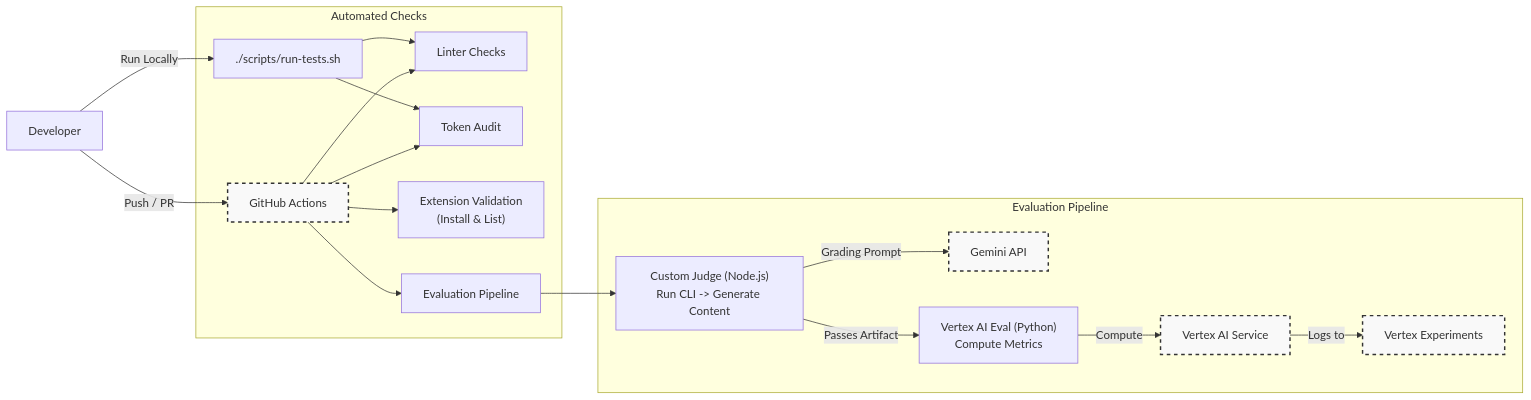
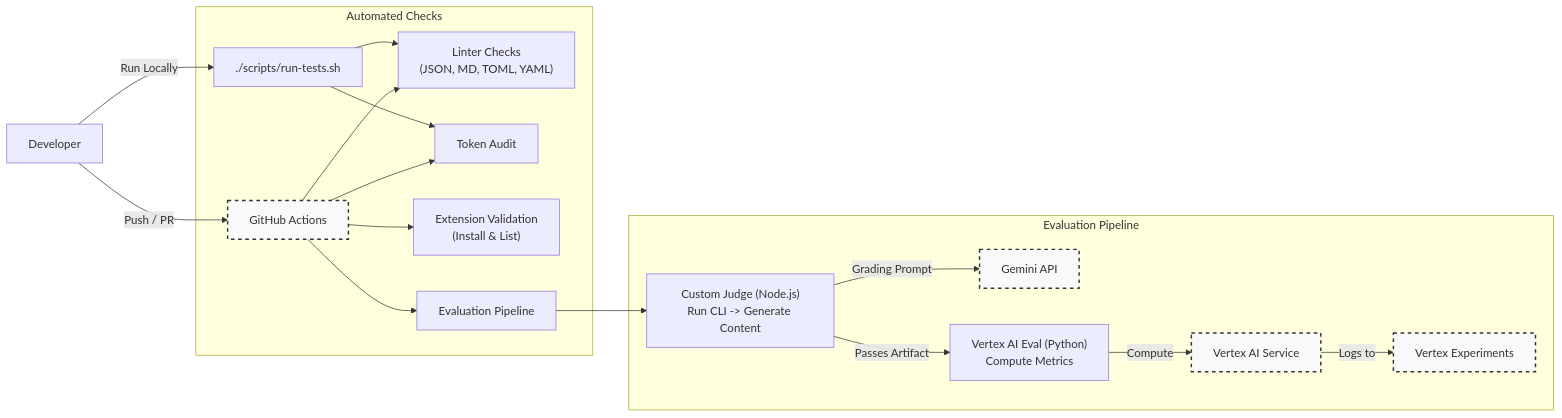
Before and after one commit to sapientcoffee/scribe: the second of 2 diagrams in README.md, drawn with Mermaid.

````diff
--- a/README.md
+++ b/README.md
@@ -124,26 +124,26 @@
 ```mermaid
 graph LR
     classDef external fill:#f9f9f9,stroke:#333,stroke-width:2px,stroke-dasharray: 5 5;
     
     Developer[Developer] -->|Run Locally| Script["./scripts/run-tests.sh"]
     Developer -->|Push / PR| GitHub[GitHub Actions]:::external
 
     subgraph "Automated Checks"
-        Script --> Linting[Linter Checks]
+        Script --> Linting["Linter Checks<br/>(JSON, MD, TOML, YAML)"]
         Script --> Audit[Token Audit]
         
         GitHub --> Linting
         GitHub --> Audit
         GitHub --> Validation["Extension Validation<br/>(Install & List)"]
         
         GitHub --> EvalFlow[Evaluation Pipeline]
     end
 
     subgraph "Evaluation Pipeline"
         EvalFlow --> CustomJudge["Custom Judge (Node.js)<br/>Run CLI -> Generate Content"]
         CustomJudge -->|Grading Prompt| Gemini[Gemini API]:::external
         CustomJudge -->|Passes Artifact| VertexEval["Vertex AI Eval (Python)<br/>Compute Metrics"]
         VertexEval -->|Compute| VertexAPI[Vertex AI Service]:::external
         VertexAPI -->|Logs to| VertexConsole[Vertex Experiments]:::external
     end
 ```
````
